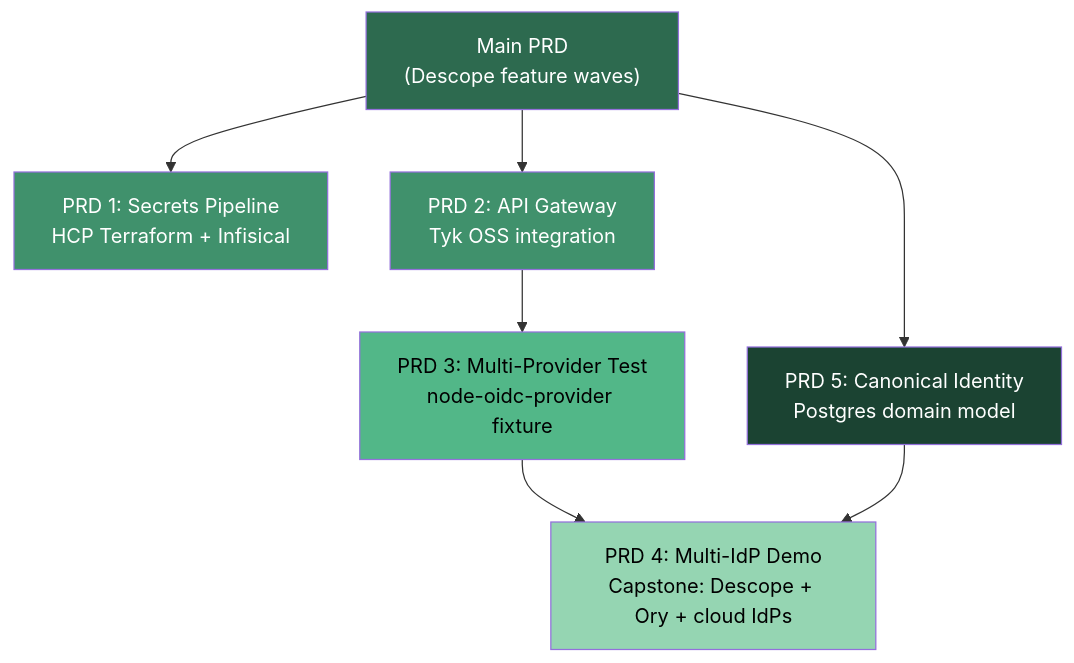
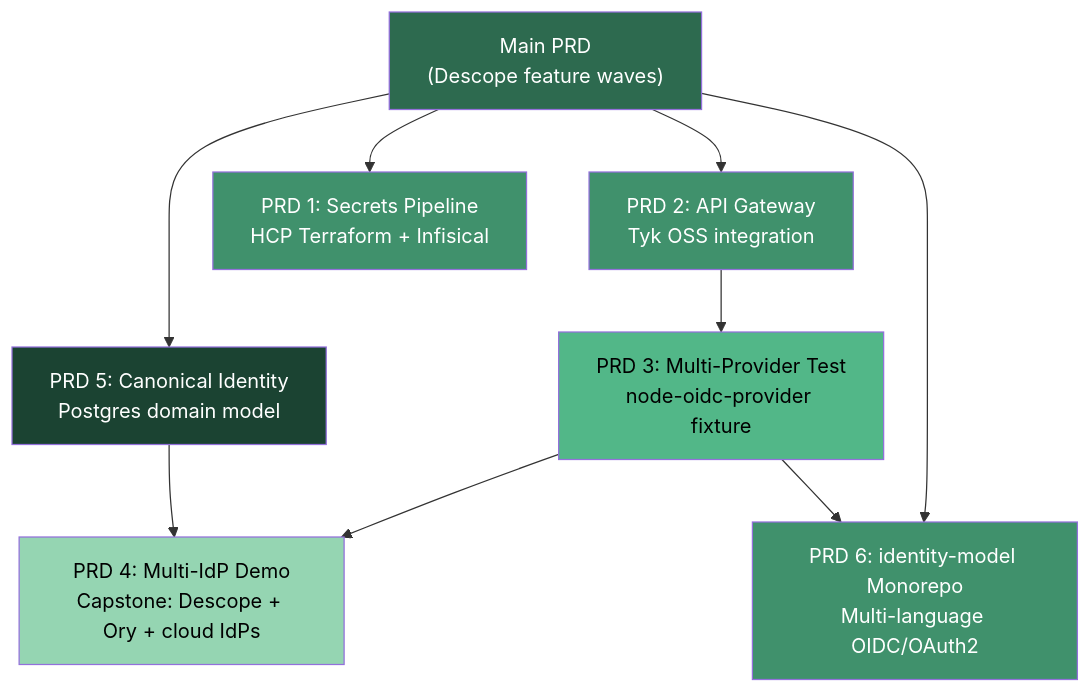
The diagram in docs/roadmap.md (jamescrowley321/identity-stack-planning), drawn with Mermaid before and after one commit. The commit also changed other lines of this file and 4 other files, not shown here.

First line of the commit message:
docs: clean up README, fix ralph docs, add PRD 6 to roadmap

````diff
--- a/docs/roadmap.md
+++ b/docs/roadmap.md
@@ -18,23 +19,27 @@
 ```mermaid
 graph TD
     MAIN["Main PRD<br/>(Descope feature waves)"]
     PRD1["PRD 1: Secrets Pipeline<br/>HCP Terraform + Infisical"]
     PRD2["PRD 2: API Gateway<br/>Tyk OSS integration"]
     PRD3["PRD 3: Multi-Provider Test<br/>node-oidc-provider fixture"]
     PRD4["PRD 4: Multi-IdP Demo<br/>Capstone: Descope + Ory + cloud IdPs"]
     PRD5["PRD 5: Canonical Identity<br/>Postgres domain model"]
+    PRD6["PRD 6: identity-model Monorepo<br/>Multi-language OIDC/OAuth2"]
 
     MAIN --> PRD5
     MAIN --> PRD1
     MAIN --> PRD2
     PRD2 --> PRD3
     PRD3 --> PRD4
     PRD5 --> PRD4
+    MAIN --> PRD6
+    PRD3 --> PRD6
 
     style MAIN fill:#2d6a4f,color:#fff
     style PRD5 fill:#1b4332,color:#fff
     style PRD1 fill:#40916c,color:#fff
     style PRD2 fill:#40916c,color:#fff
     style PRD3 fill:#52b788,color:#000
     style PRD4 fill:#95d5b2,color:#000
+    style PRD6 fill:#40916c,color:#fff
 ```
````
